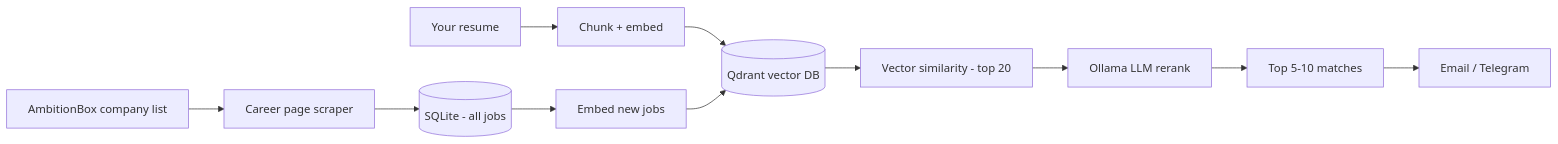
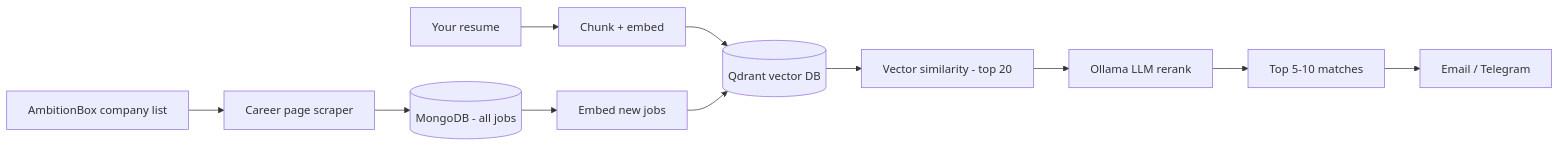
The diagram in README.md (Omkar9649/job-jarvio), drawn with Mermaid before and after one commit. The commit also changed other lines of this file and 31 other files, not shown here.

````diff
--- a/README.md
+++ b/README.md
@@ -152,13 +154,13 @@
 ```mermaid
 flowchart LR
     A[AmbitionBox company list] --> B[Career page scraper]
-    B --> C[(SQLite - all jobs)]
+    B --> C[(MongoDB - all jobs)]
     D[Your resume] --> E[Chunk + embed]
     E --> F[(Qdrant vector DB)]
     C --> G[Embed new jobs]
     G --> F
     F --> H[Vector similarity - top 20]
     H --> I[Ollama LLM rerank]
     I --> J[Top 5-10 matches]
     J --> K[Email / Telegram]
 ```
````
